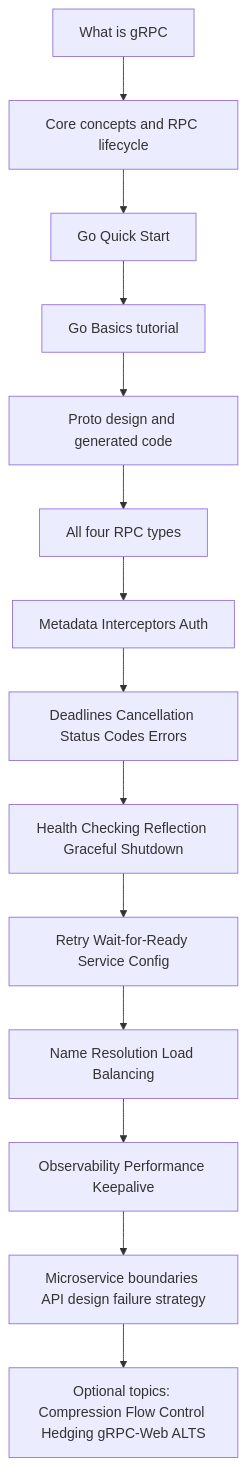
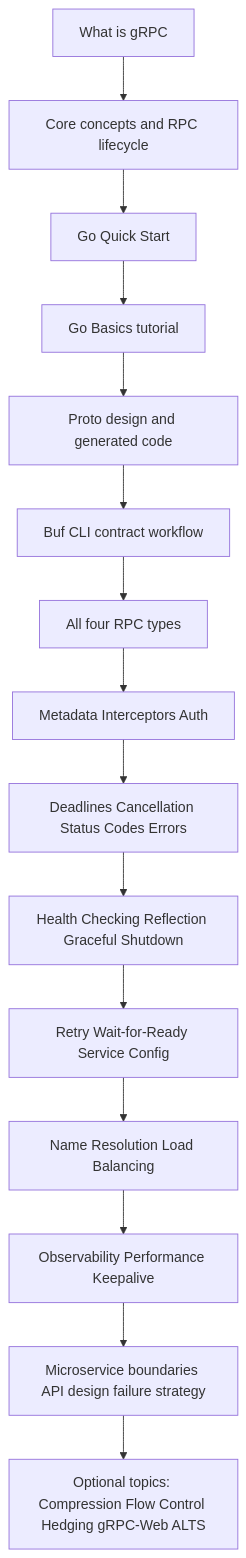
The diagram in docs/learning/grpc-microservices-roadmap.md (LeeDark/go-microservices-starter), drawn with Mermaid before and after one commit. The commit also changed other lines of this file and 4 other files, not shown here.

````diff
--- a/docs/learning/grpc-microservices-roadmap.md
+++ b/docs/learning/grpc-microservices-roadmap.md
@@ -11,16 +14,17 @@
 ```mermaid
 flowchart TD
     A[What is gRPC] --> B[Core concepts and RPC lifecycle]
     B --> C[Go Quick Start]
     C --> D[Go Basics tutorial]
     D --> E[Proto design and generated code]
-    E --> F[All four RPC types]
+    E --> E2[Buf CLI contract workflow]
+    E2 --> F[All four RPC types]
     F --> G[Metadata Interceptors Auth]
     G --> H[Deadlines Cancellation Status Codes Errors]
     H --> I[Health Checking Reflection Graceful Shutdown]
     I --> J[Retry Wait-for-Ready Service Config]
     J --> K[Name Resolution Load Balancing]
     K --> L[Observability Performance Keepalive]
     L --> M[Microservice boundaries API design failure strategy]
     M --> N[Optional topics: Compression Flow Control Hedging gRPC-Web ALTS]
 ```
````
